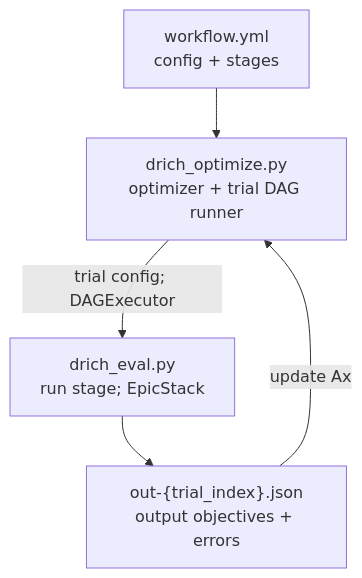
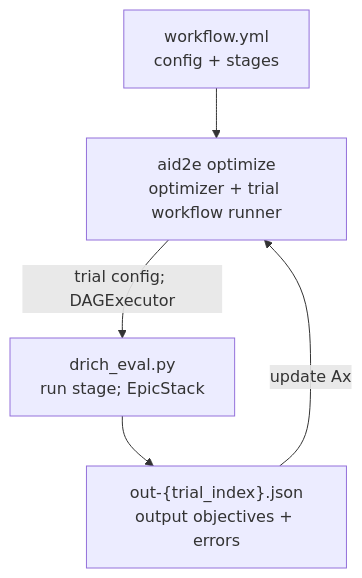
One commit to aid2e/AID2E-framework changed the diagram in examples/drich/README.md. Above: the diagram before and after it, drawn with Mermaid. The commit also changed other lines of this file and 49 other files, not shown here.

````diff
--- a/examples/drich/README.md
+++ b/examples/drich/README.md
@@ -35,12 +34,12 @@
 ```mermaid
 flowchart TB
   C["workflow.yml<br/>config + stages"]
-  O["drich_optimize.py<br/>optimizer + trial DAG runner"]
+  O["aid2e optimize<br/>optimizer + trial workflow runner"]
   E["drich_eval.py<br/>run stage; EpicStack"]
   R["out-{trial_index}.json<br/>output objectives + errors"]
 
   C --> O
   O -->|"trial config; DAGExecutor"| E
   E --> R
   R -->|"update Ax"| O
 ```
````
